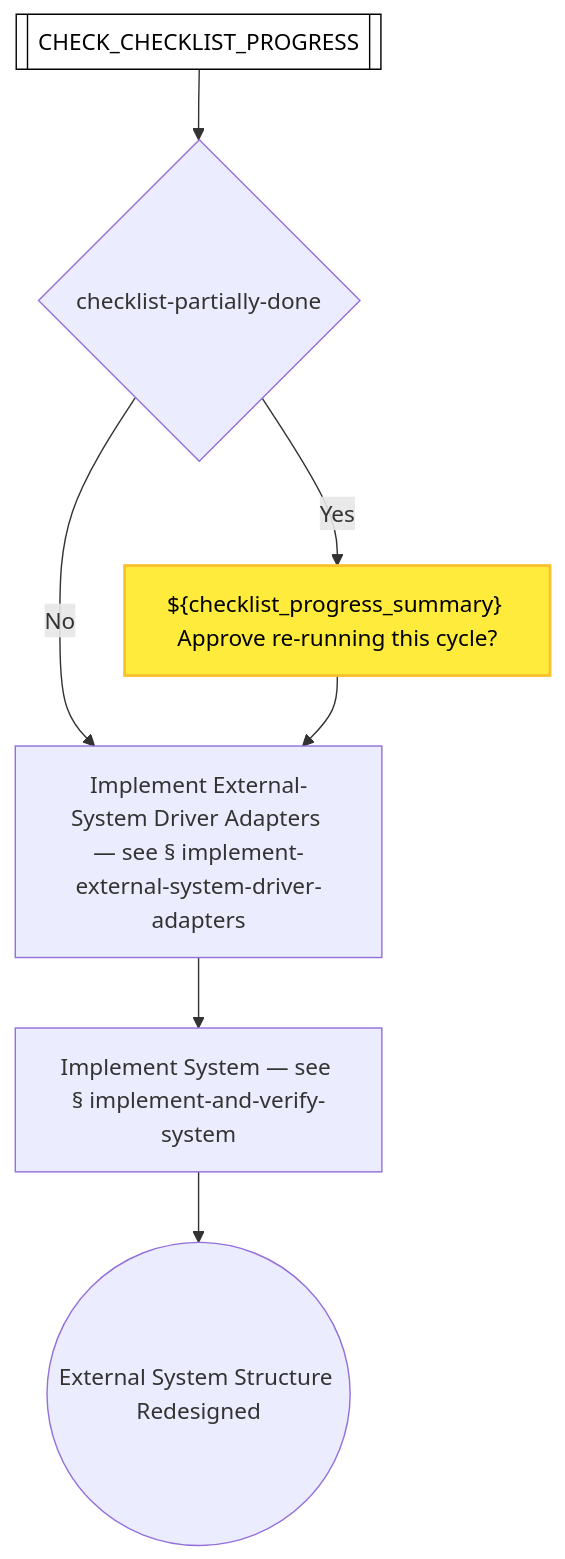
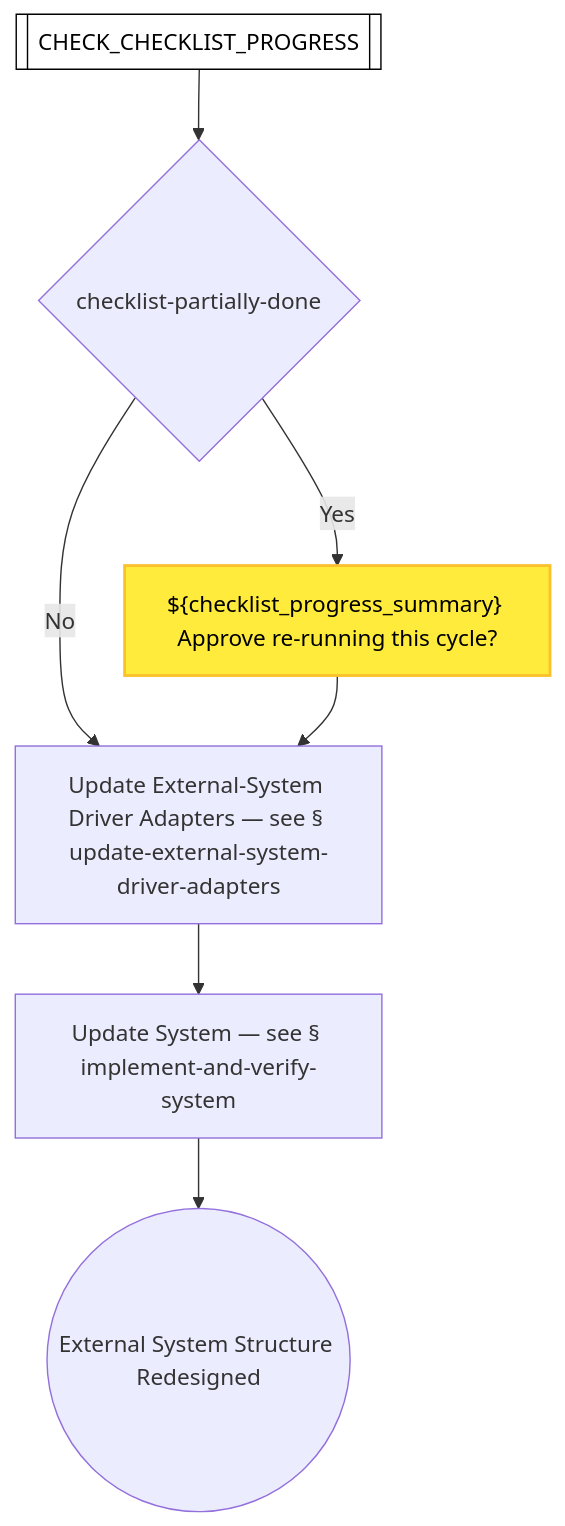
Before and after one commit to optivem/gh-optivem: diagram 51 of 54 in docs/process-diagram.md, drawn with Mermaid. The commit also changed other lines of this file and 5 other files, not shown here.

Commit message:
atdd: regenerate process-flow diagram

````diff
--- a/docs/process-diagram.md
+++ b/docs/process-diagram.md
@@ -852,22 +852,22 @@
 ```mermaid
 flowchart TD
     CHECK_CHECKLIST_PROGRESS[[CHECK_CHECKLIST_PROGRESS]]
     GATE_CHECKLIST_PARTIALLY_DONE{checklist-partially-done}
-    IMPLEMENT_AND_VERIFY_SYSTEM[Implement System — see § implement-and-verify-system]
-    IMPLEMENT_EXTERNAL_SYSTEM_DRIVER_ADAPTERS[Implement External-System Driver Adapters — see § implement-external-system-driver-adapters]
+    IMPLEMENT_AND_VERIFY_SYSTEM[Update System — see § implement-and-verify-system]
     REDESIGN_EXTERNAL_END((External System Structure Redesigned))
     STOP_CHECKLIST_PARTIALLY_DONE["${checklist_progress_summary} Approve re-running this cycle?"]
+    UPDATE_EXTERNAL_SYSTEM_DRIVER_ADAPTERS[Update External-System Driver Adapters — see § update-external-system-driver-adapters]
 
     CHECK_CHECKLIST_PROGRESS --> GATE_CHECKLIST_PARTIALLY_DONE
     GATE_CHECKLIST_PARTIALLY_DONE -- Yes --> STOP_CHECKLIST_PARTIALLY_DONE
-    GATE_CHECKLIST_PARTIALLY_DONE -- No --> IMPLEMENT_EXTERNAL_SYSTEM_DRIVER_ADAPTERS
-    STOP_CHECKLIST_PARTIALLY_DONE --> IMPLEMENT_EXTERNAL_SYSTEM_DRIVER_ADAPTERS
-    IMPLEMENT_EXTERNAL_SYSTEM_DRIVER_ADAPTERS --> IMPLEMENT_AND_VERIFY_SYSTEM
+    GATE_CHECKLIST_PARTIALLY_DONE -- No --> UPDATE_EXTERNAL_SYSTEM_DRIVER_ADAPTERS
+    STOP_CHECKLIST_PARTIALLY_DONE --> UPDATE_EXTERNAL_SYSTEM_DRIVER_ADAPTERS
+    UPDATE_EXTERNAL_SYSTEM_DRIVER_ADAPTERS --> IMPLEMENT_AND_VERIFY_SYSTEM
     IMPLEMENT_AND_VERIFY_SYSTEM --> REDESIGN_EXTERNAL_END
 
     classDef serviceNode fill:#ffffff,stroke:#000000,stroke-width:1px,color:#000000
     class CHECK_CHECKLIST_PROGRESS serviceNode
 
     classDef humanNode fill:#ffeb3b,stroke:#fbc02d,stroke-width:2px,color:#000000
     class STOP_CHECKLIST_PARTIALLY_DONE humanNode
 ```
````
